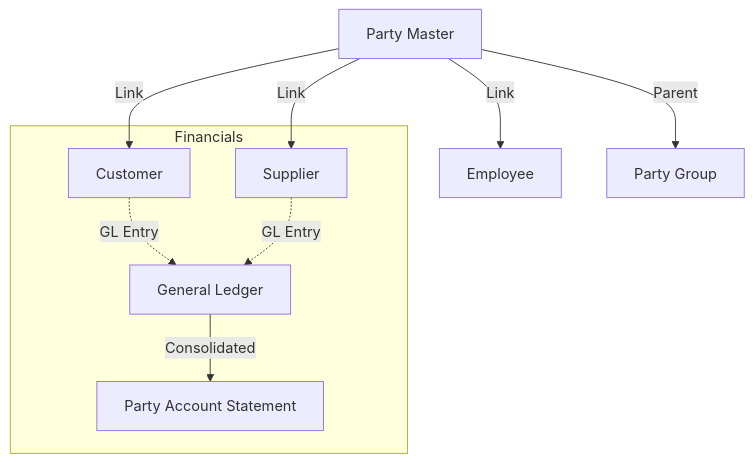
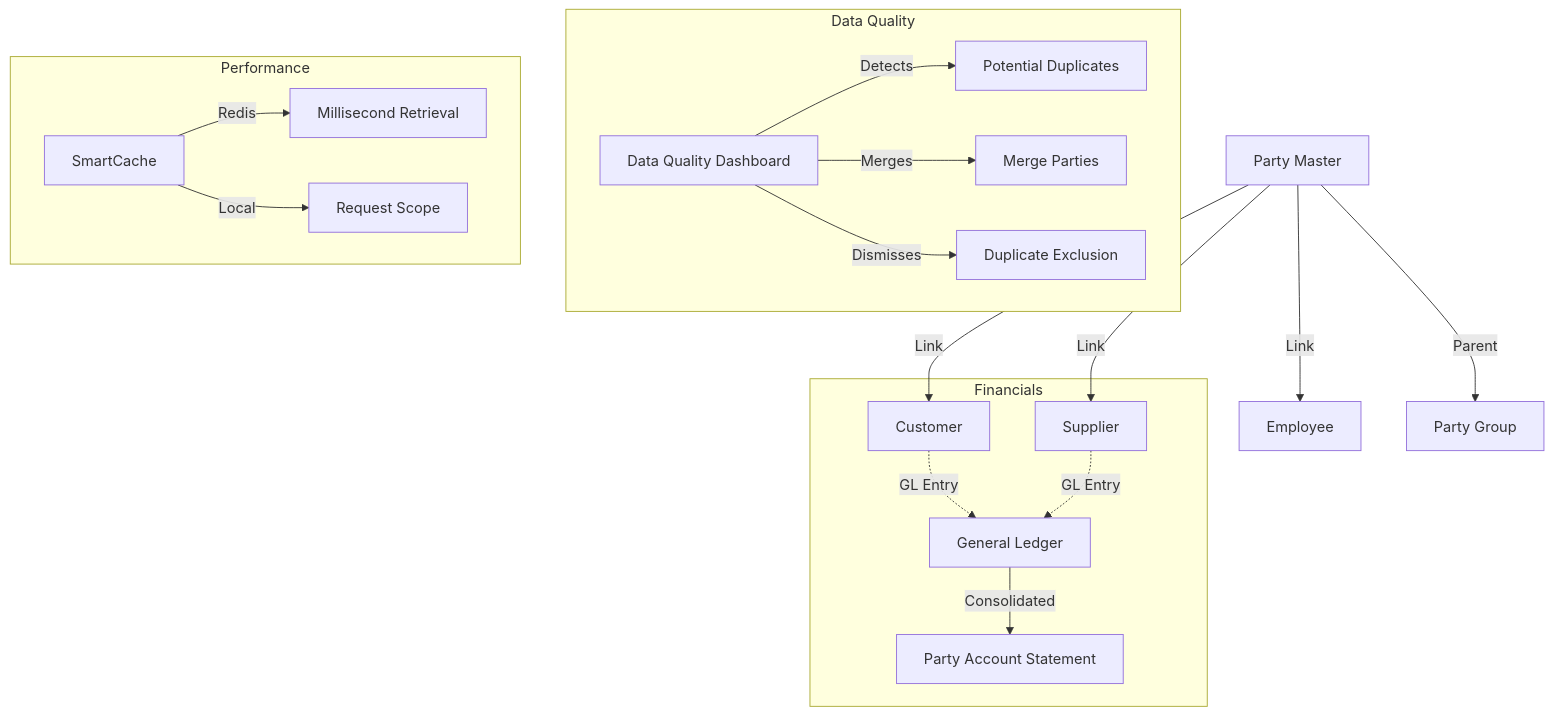
Before and after one commit to Sendipad/uph: the diagram in content.en/docs/introduction/_index.md, drawn with Mermaid. The commit also changed other lines of this file and 8 other files, not shown here.

```diff
--- a/content.en/docs/introduction/_index.md
+++ b/content.en/docs/introduction/_index.md
@@ -22,14 +47,25 @@
 {{< mermaid >}}
 graph TD
     PM[Party Master] -->|Link| C[Customer]
     PM -->|Link| S[Supplier]
     PM -->|Link| E[Employee]
     
     PM -->|Parent| PM_Group[Party Group]
     
     subgraph "Financials"
     C -.->|GL Entry| GL[General Ledger]
     S -.->|GL Entry| GL
     GL -->|Consolidated| PM_Report[Party Account Statement]
     end
+    
+    subgraph "Data Quality"
+    DQ[Data Quality Dashboard] -->|Detects| Duplicates[Potential Duplicates]
+    DQ -->|Merges| Merge[Merge Parties]
+    DQ -->|Dismisses| Exclude[Duplicate Exclusion]
+    end
+    
+    subgraph "Performance"
+    Cache[SmartCache] -->|Redis| Fast[Millisecond Retrieval]
+    Cache -->|Local| Request[Request Scope]
+    end
 {{< /mermaid >}}
```
